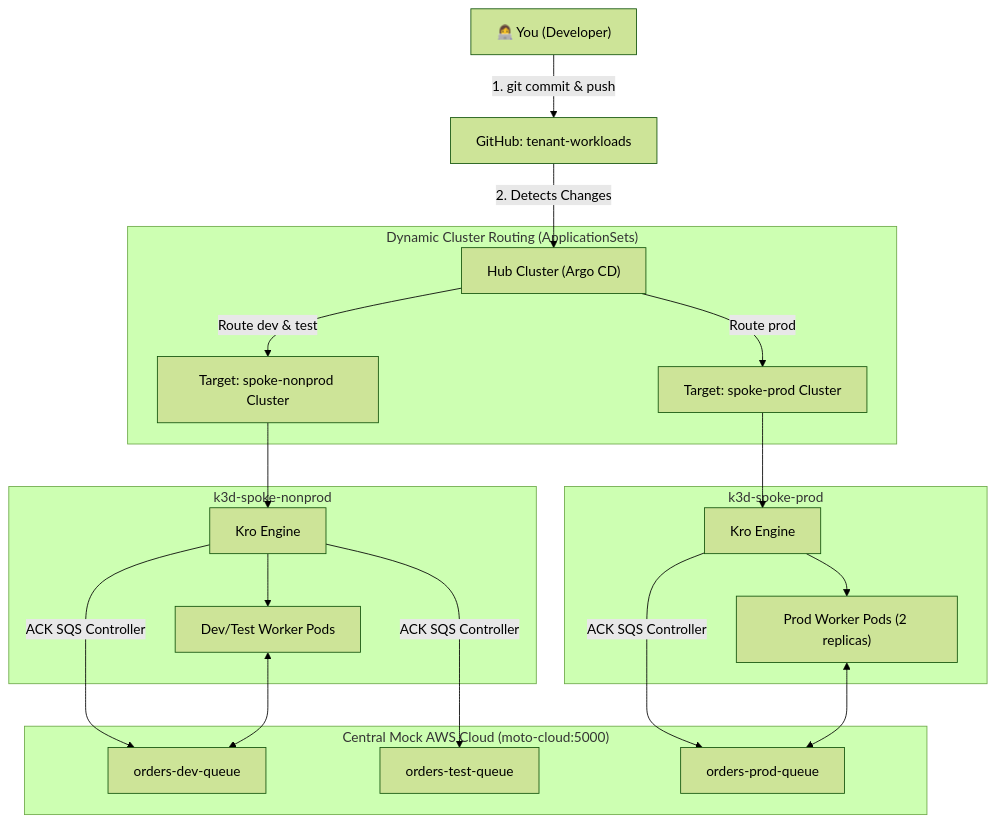
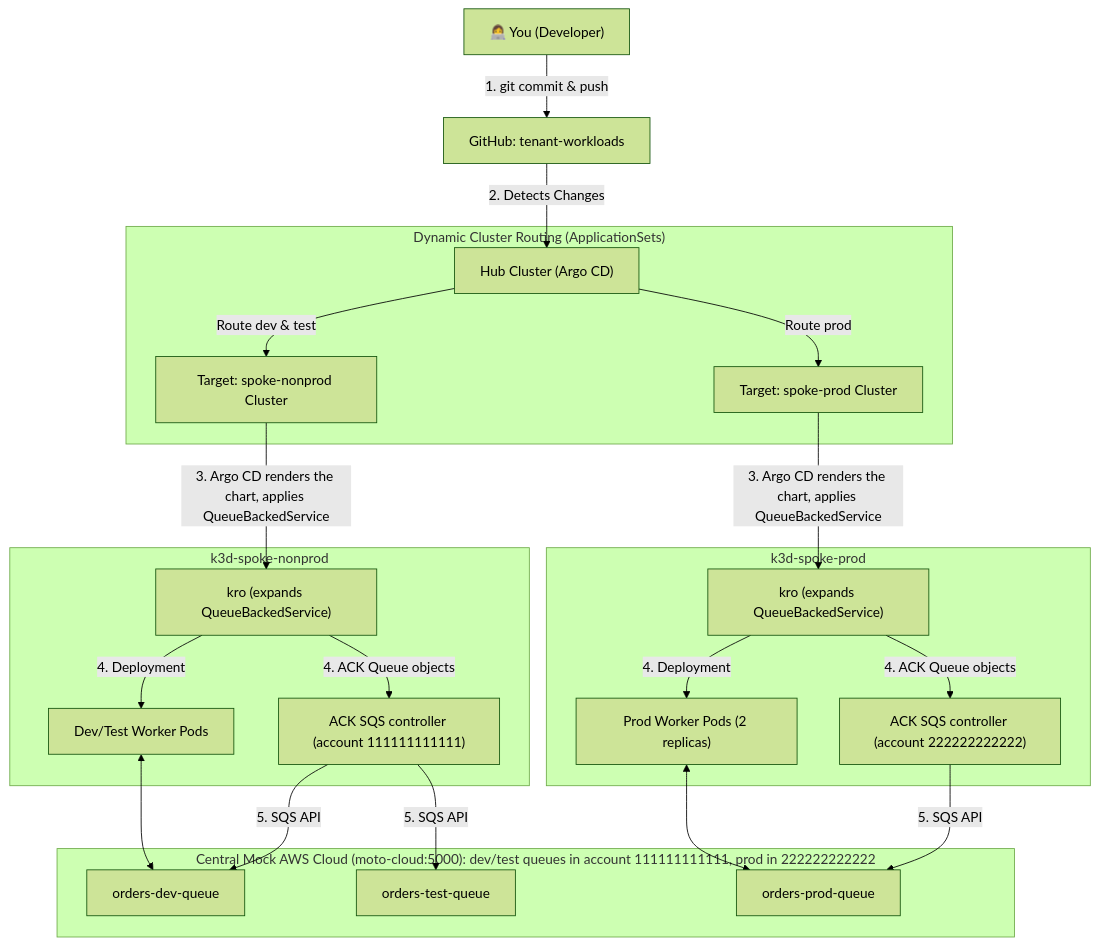
The diagram in docs/developer-tutorial.md (brunobml/gitops-control-plane), drawn with Mermaid (forest theme) before and after one commit. The commit also changed other lines of this file and 10 other files, not shown here.

````diff
--- a/docs/developer-tutorial.md
+++ b/docs/developer-tutorial.md
@@ -17,37 +17,41 @@
 ```mermaid
 flowchart TD
     Dev["👩‍💻 You (Developer)"] -->|1. git commit & push| Git["GitHub: tenant-workloads"]
     Git -->|2. Detects Changes| Hub["Hub Cluster (Argo CD)"]
 
     subgraph HubRouting["Dynamic Cluster Routing (ApplicationSets)"]
         Hub -->|Route dev & test| SpokeNonProd["Target: spoke-nonprod Cluster"]
         Hub -->|Route prod| SpokeProd["Target: spoke-prod Cluster"]
     end
 
     subgraph NonProdCluster["k3d-spoke-nonprod"]
-        KroNP["Kro Engine"]
+        KroNP["kro (expands QueueBackedService)"]
+        AckNP["ACK SQS controller (account 111111111111)"]
         WorkerNP["Dev/Test Worker Pods"]
     end
 
     subgraph ProdCluster["k3d-spoke-prod"]
-        KroP["Kro Engine"]
+        KroP["kro (expands QueueBackedService)"]
+        AckP["ACK SQS controller (account 222222222222)"]
         WorkerP["Prod Worker Pods (2 replicas)"]
     end
 
-    subgraph CentralCloud["Central Mock AWS Cloud (moto-cloud:5000)"]
+    subgraph CentralCloud["Central Mock AWS Cloud (moto-cloud:5000): dev/test queues in account 111111111111, prod in 222222222222"]
         DevQueue["orders-dev-queue"]
         TestQueue["orders-test-queue"]
         ProdQueue["orders-prod-queue"]
     end
 
-    SpokeNonProd --> KroNP
-    KroNP --> WorkerNP
-    KroNP -->|ACK SQS Controller| DevQueue
-    KroNP -->|ACK SQS Controller| TestQueue
+    SpokeNonProd -->|3. Argo CD renders the chart, applies QueueBackedService| KroNP
+    KroNP -->|4. Deployment| WorkerNP
+    KroNP -->|4. ACK Queue objects| AckNP
+    AckNP -->|5. SQS API| DevQueue
+    AckNP -->|5. SQS API| TestQueue
     WorkerNP <--> DevQueue
 
-    SpokeProd --> KroP
-    KroP --> WorkerP
-    KroP -->|ACK SQS Controller| ProdQueue
+    SpokeProd -->|3. Argo CD renders the chart, applies QueueBackedService| KroP
+    KroP -->|4. Deployment| WorkerP
+    KroP -->|4. ACK Queue objects| AckP
+    AckP -->|5. SQS API| ProdQueue
     WorkerP <--> ProdQueue
 ```
````
